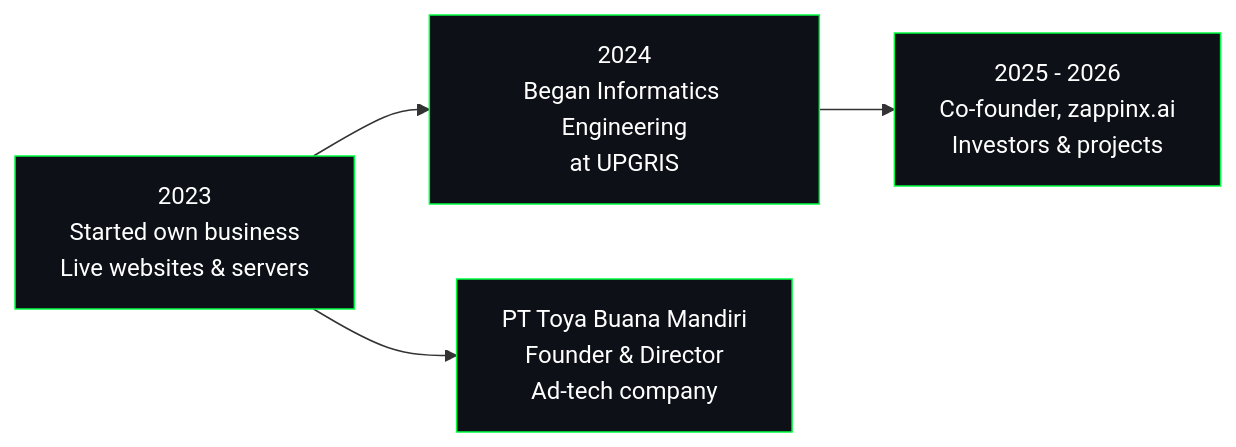
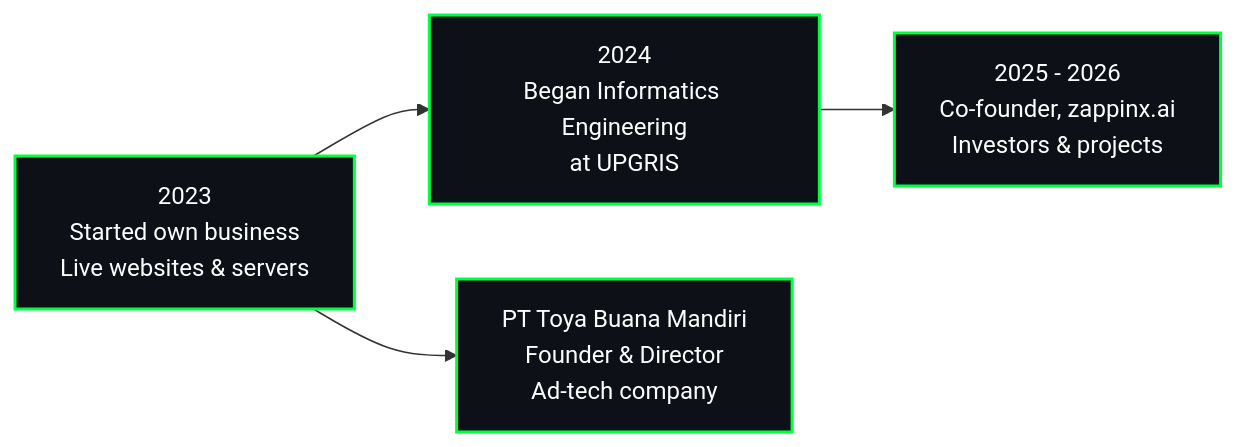
One commit to patrickivanuellf/patrickivanuellf changed the diagram in README.md. Above: the diagram before and after it, drawn with Mermaid. The commit also changed other lines of this file, not shown here.

````diff
--- a/README.md
+++ b/README.md
@@ -46,10 +42,10 @@
 ```mermaid
 flowchart LR
     A["2023<br/>Started own business<br/>Live websites & servers"] --> B["2024<br/>Began Informatics Engineering<br/>at UPGRIS"]
     B --> C["2025 - 2026<br/>Co-founder, zappinx.ai<br/>Investors & projects"]
     A --> D["PT Toya Buana Mandiri<br/>Founder & Director<br/>Ad-tech company"]
-    style A fill:#0d1117,stroke:#00ff41,color:#ffffff
-    style B fill:#0d1117,stroke:#00ff41,color:#ffffff
-    style C fill:#0d1117,stroke:#00ff41,color:#ffffff
-    style D fill:#0d1117,stroke:#00ff41,color:#ffffff
+    style A fill:#0d1117,stroke:#00ff41,stroke-width:2px,color:#ffffff
+    style B fill:#0d1117,stroke:#00ff41,stroke-width:2px,color:#ffffff
+    style C fill:#0d1117,stroke:#00ff41,stroke-width:2px,color:#ffffff
+    style D fill:#0d1117,stroke:#00ff41,stroke-width:2px,color:#ffffff
 ```
````
